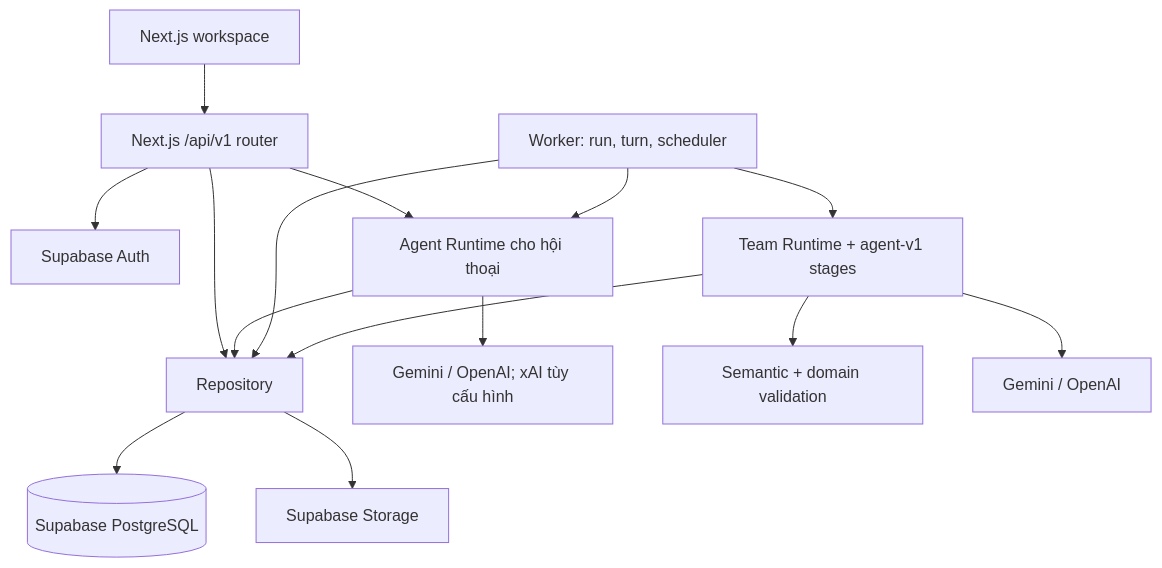
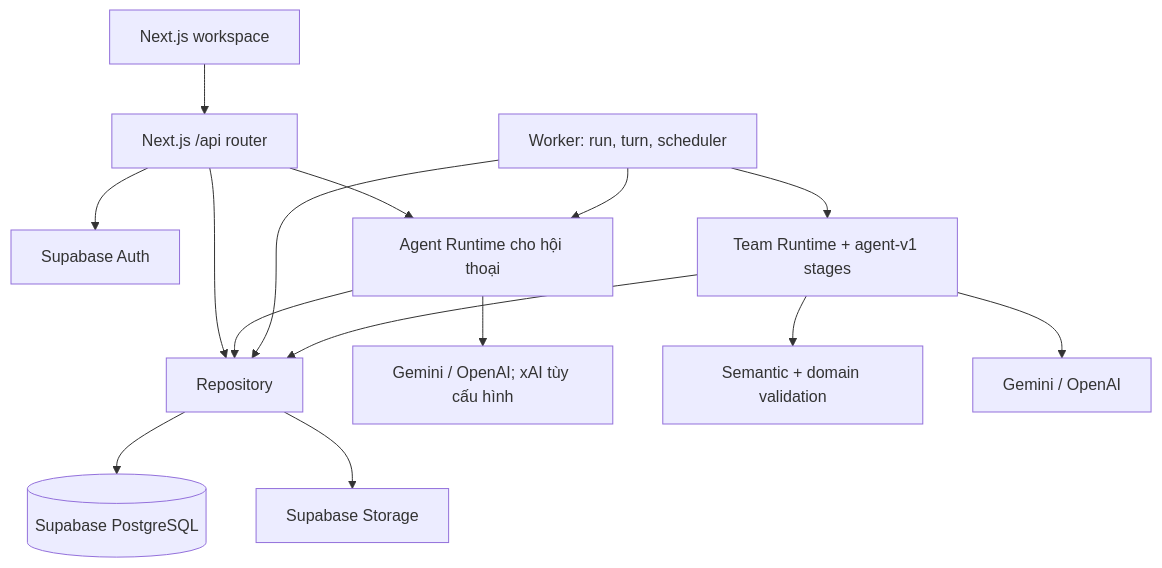
Before and after one commit to mhiu05/VDaAgent: the diagram in ARCHITECTURE.md, drawn with Mermaid. The commit also changed other lines of this file and 752 other files, not shown here.

````diff
--- a/ARCHITECTURE.md
+++ b/ARCHITECTURE.md
@@ -5,17 +5,17 @@
 ```mermaid
 flowchart TB
-  UI[Next.js workspace] --> API[Next.js /api/v1 router]
+  UI[Next.js workspace] --> API[Next.js /api router]
   API --> AUTH[Supabase Auth]
   API --> REPO[Repository]
   REPO --> PG[(Supabase PostgreSQL)]
   REPO --> STORAGE[Supabase Storage]
   API --> CHAT[Agent Runtime cho hội thoại]
   CHAT --> REPO
   CHAT --> CHATLLM[Gemini / OpenAI; xAI tùy cấu hình]
   WORKER[Worker: run, turn, scheduler] --> REPO
   WORKER --> CHAT
   WORKER --> TEAM[Team Runtime + agent-v1 stages]
   TEAM --> SEM[Semantic + domain validation]
   TEAM --> LLM[Gemini / OpenAI]
   TEAM --> REPO
 ```
````
